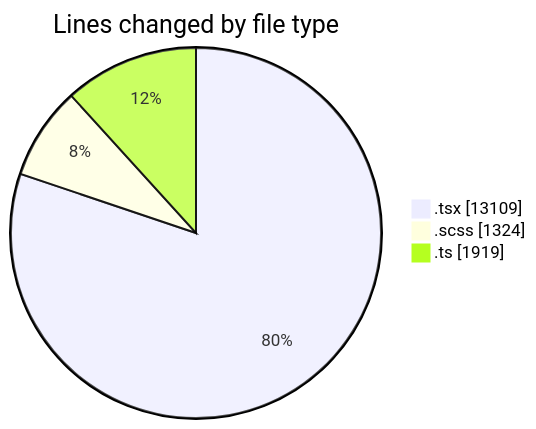
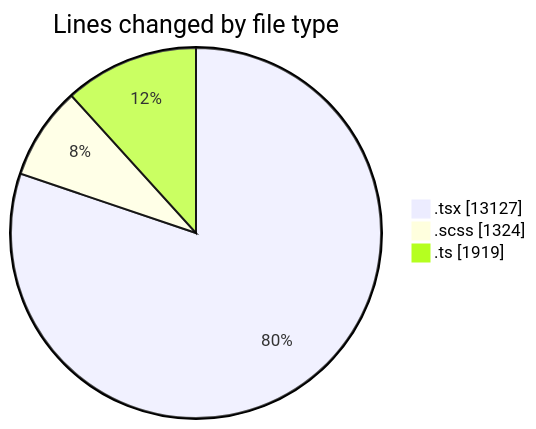
Before and after one commit to momahboobian/code-tracking: the first of 2 diagrams in 2026-05-01/cda/README.md, drawn with Mermaid. The commit also changed other lines of this file and 1 other file, not shown here.

````diff
--- a/2026-05-01/cda/README.md
+++ b/2026-05-01/cda/README.md
@@ -65,7 +65,7 @@
 ```mermaid
 pie showData
 title Lines changed by file type
-".tsx" : 13109
+".tsx" : 13127
 ".scss" : 1324
 ".ts" : 1919
 ```
````
